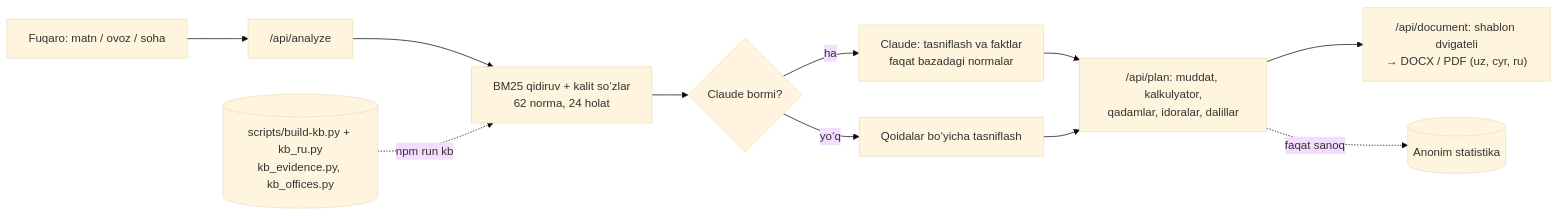
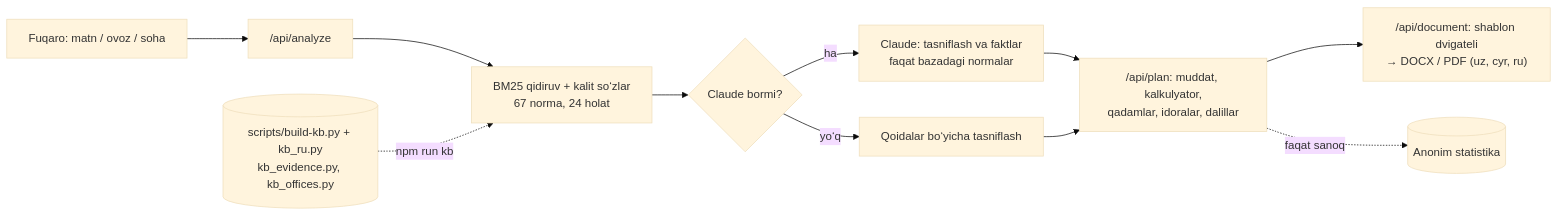
Before and after one commit to GiyosjonJumayev/huquqyol: the diagram in README.md, drawn with Mermaid (base theme). The commit also changed other lines of this file and 18 other files, not shown here.

````diff
--- a/README.md
+++ b/README.md
@@ -47,13 +47,13 @@
 ```mermaid
 flowchart LR
   U[Fuqaro: matn / ovoz / soha] --> A["/api/analyze"]
-  A --> R[BM25 qidiruv + kalit so‘zlar<br/>62 norma, 24 holat]
+  A --> R[BM25 qidiruv + kalit so‘zlar<br/>67 norma, 24 holat]
   R --> C{Claude bormi?}
   C -- ha --> AI[Claude: tasniflash va faktlar<br/>faqat bazadagi normalar]
   C -- yo‘q --> RU[Qoidalar bo‘yicha tasniflash]
   AI --> P["/api/plan: muddat, kalkulyator,<br/>qadamlar, idoralar, dalillar"]
   RU --> P
   P --> D["/api/document: shablon dvigateli<br/>→ DOCX / PDF (uz, cyr, ru)"]
   KB[(scripts/build-kb.py + kb_ru.py<br/>kb_evidence.py, kb_offices.py)] -. npm run kb .-> R
   P -. faqat sanoq .-> S[(Anonim statistika)]
 ```
````
